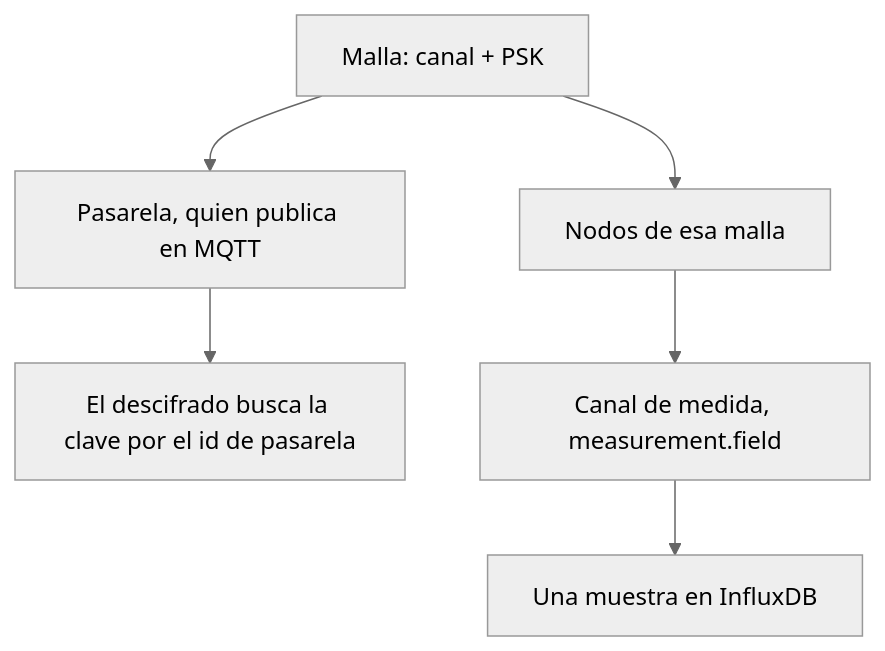
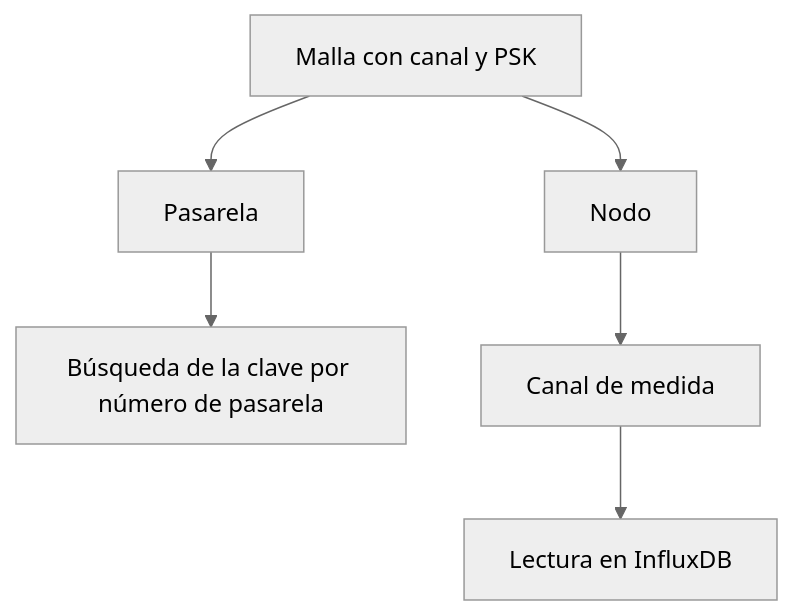
Before and after one commit to sensical-coop/mesh-things-apps: the diagram in apps/web/content/docs/es/concepts.mdx, drawn with Mermaid (neutral theme). The commit also changed other lines of this file and 27 other files, not shown here.

````diff
--- a/apps/web/content/docs/es/concepts.mdx
+++ b/apps/web/content/docs/es/concepts.mdx
@@ -10,8 +10,8 @@
 ```mermaid
 flowchart TD
-  mesh["Malla: canal + PSK"] --> gw["Pasarela, quien publica en MQTT"]
-  mesh --> node["Nodos de esa malla"]
-  gw --> key["El descifrado busca la clave por el id de pasarela"]
-  node --> channel["Canal de medida, measurement.field"]
-  channel --> reading["Una muestra en InfluxDB"]
+  mesh["Malla con canal y PSK"] --> gateway["Pasarela"]
+  mesh --> node["Nodo"]
+  gateway --> key["Búsqueda de la clave por número de pasarela"]
+  node --> channel["Canal de medida"]
+  channel --> reading["Lectura en InfluxDB"]
 ```
````
